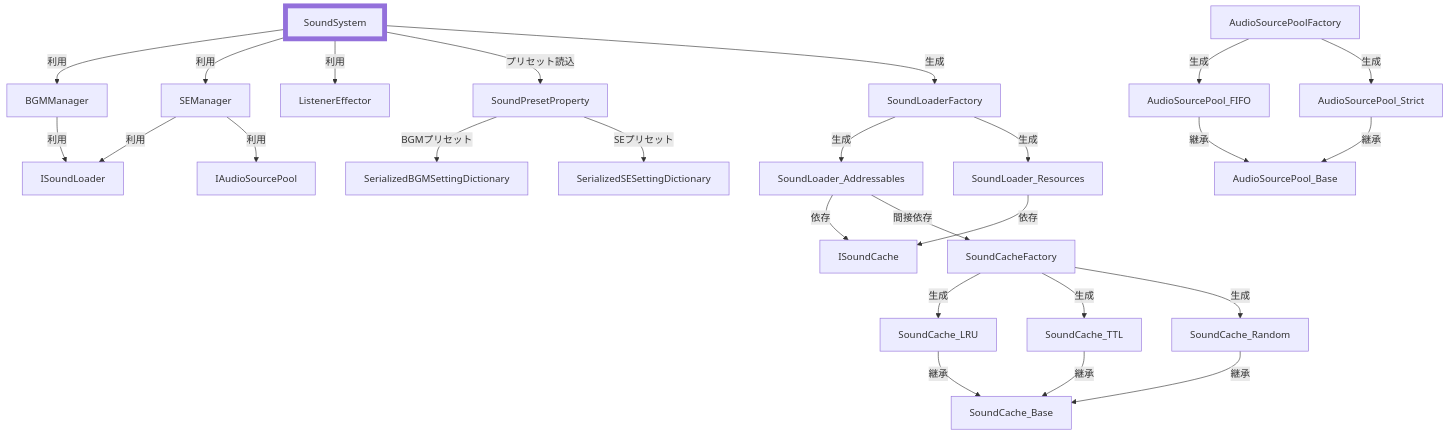
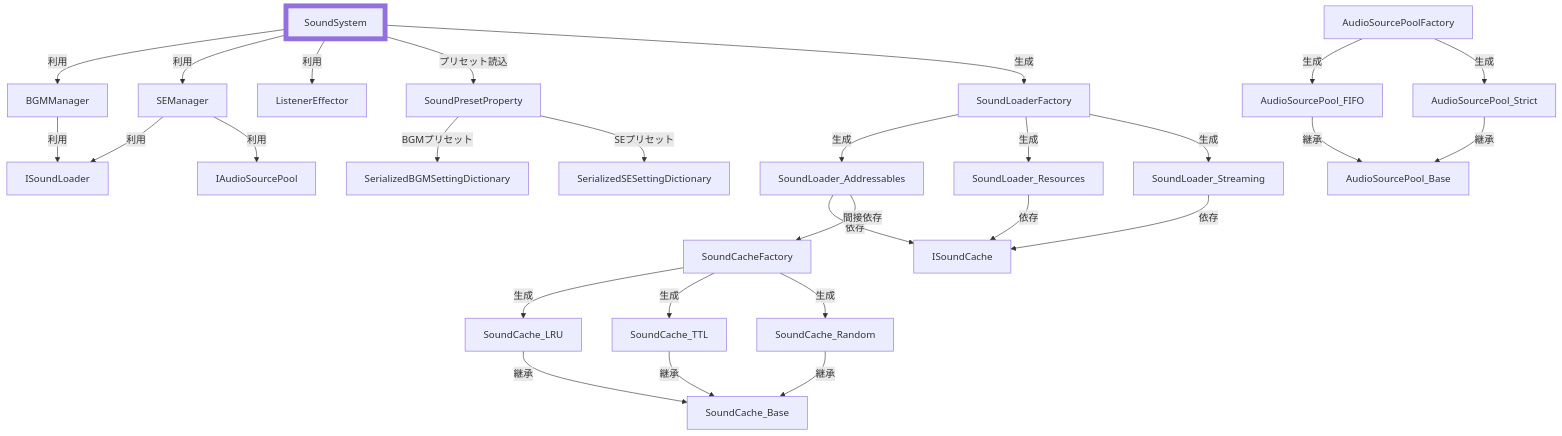
One commit to SunagimoOisii/SoundSystemPlugin_ForUnity changed the diagram in README.md. Above: the diagram before and after it, drawn with Mermaid. The commit also changed other lines of this file and 2 other files, not shown here.

````diff
--- a/README.md
+++ b/README.md
@@ -81,64 +81,67 @@
 ```mermaid
 graph
 
 %% API
 classDef highlight stroke-width:8px
 SoundSystem:::highlight
 SoundPresetProperty
 SerializedBGMSettingDictionary
 SerializedSESettingDictionary
 
 %% Player
 BGMManager
 SEManager
 ListenerEffector
 
 %% Loader & Cache
 ISoundLoader
 SoundLoader_Addressables
 SoundLoader_Resources
+SoundLoader_Streaming
 SoundLoaderFactory
 ISoundCache
 SoundCache_Base
 SoundCache_LRU
 SoundCache_TTL
 SoundCache_Random
 SoundCacheFactory
 
 %% Pool
 IAudioSourcePool
 AudioSourcePool_Base
 AudioSourcePool_FIFO
 AudioSourcePool_Strict
 AudioSourcePoolFactory
 
 %% Relations
 SoundSystem -->|利用| BGMManager
 SoundSystem -->|利用| SEManager
 SoundSystem -->|利用| ListenerEffector
 SoundSystem -->|プリセット読込| SoundPresetProperty
 SoundSystem -->|生成| SoundLoaderFactory
 SoundLoaderFactory -->|生成| SoundLoader_Addressables
 SoundLoaderFactory -->|生成| SoundLoader_Resources
+SoundLoaderFactory -->|生成| SoundLoader_Streaming
 SoundLoader_Addressables -->|依存| ISoundCache
 SoundLoader_Resources -->|依存| ISoundCache
+SoundLoader_Streaming -->|依存| ISoundCache
 SoundLoader_Addressables -->|間接依存| SoundCacheFactory
 BGMManager -->|利用| ISoundLoader
 SEManager -->|利用| ISoundLoader
 SEManager -->|利用| IAudioSourcePool
 
 SoundCacheFactory -->|生成| SoundCache_LRU
 SoundCacheFactory -->|生成| SoundCache_TTL
 SoundCacheFactory -->|生成| SoundCache_Random
 SoundCache_LRU -->|継承| SoundCache_Base
 SoundCache_TTL -->|継承| SoundCache_Base
 SoundCache_Random -->|継承| SoundCache_Base
 
 AudioSourcePoolFactory -->|生成| AudioSourcePool_FIFO
 AudioSourcePoolFactory -->|生成| AudioSourcePool_Strict
 AudioSourcePool_FIFO -->|継承| AudioSourcePool_Base
 AudioSourcePool_Strict -->|継承| AudioSourcePool_Base
 
 SoundPresetProperty -->|BGMプリセット| SerializedBGMSettingDictionary
 SoundPresetProperty -->|SEプリセット| SerializedSESettingDictionary
 ```
````
